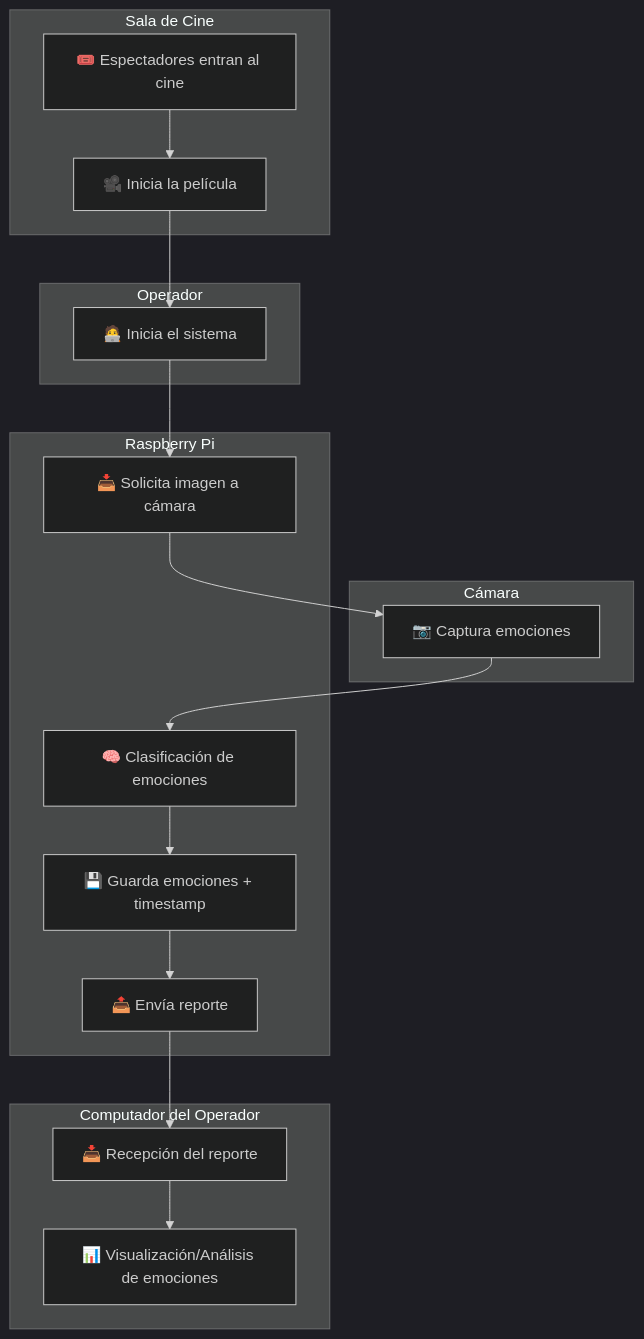
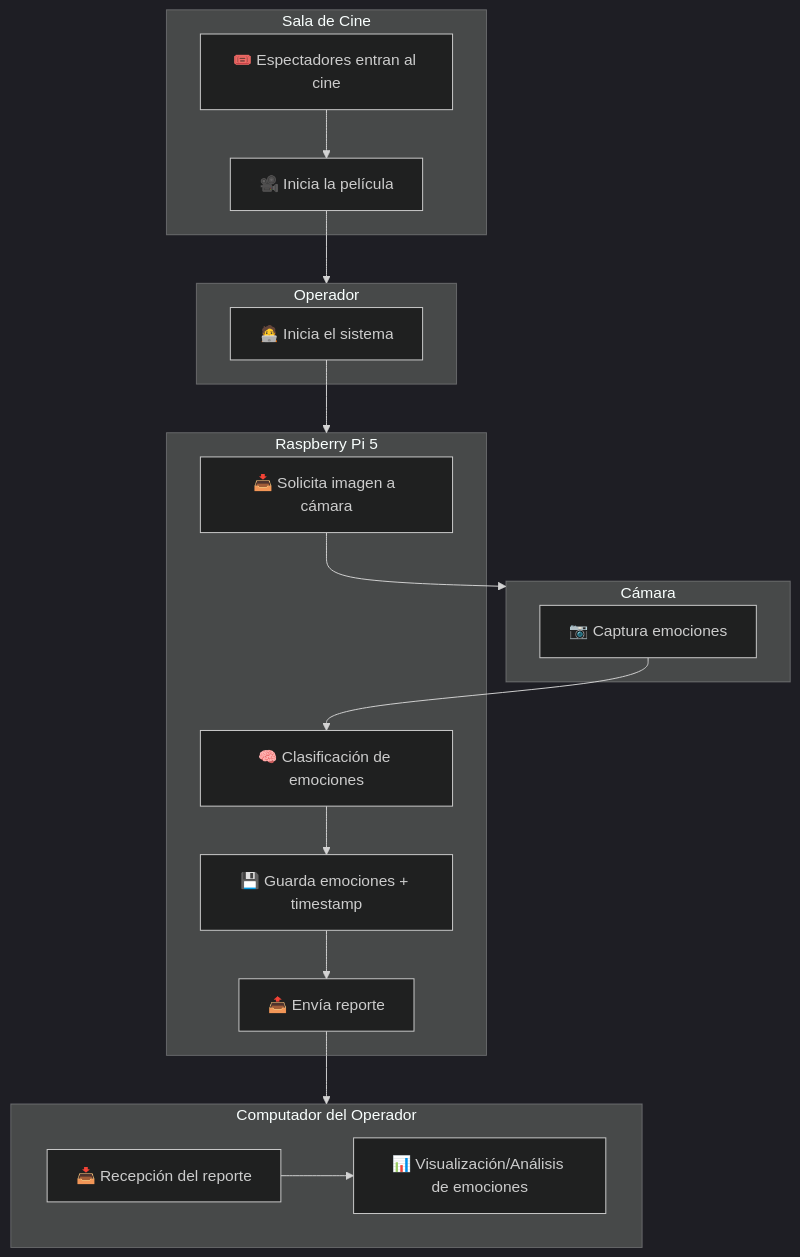
Before and after one commit to lestorres/Reconocimiento_clasificacion_de_expresiones: the first of 5 diagrams in docs/Informe_Final.md, drawn with Mermaid (dark theme). The commit also changed other lines of this file, not shown here.

Commit message:
ajustes Informe_Final.md

````diff
--- a/docs/Informe_Final.md
+++ b/docs/Informe_Final.md
@@ -80,38 +80,32 @@
 ```mermaid
 flowchart TD
-    subgraph Sala de Cine
-        A[🎟️ Espectadores entran al cine]
-        B[🎥 Inicia la película]
-    end
-
-    subgraph Operador
-        C[🧑‍💻 Inicia el sistema]
-    end
-
-    subgraph Cámara
-        CAM1[📷 Captura emociones]
-    end
-
-    subgraph Raspberry Pi
-        R1[📥 Solicita imagen a cámara]
-        R2[🧠 Clasificación de emociones]
-        R3[💾 Guarda emociones + timestamp]
-        R4[📤 Envía reporte]
-    end
-
-    subgraph Computador del Operador
-        D[📥 Recepción del reporte]
-        E[📊 Visualización/Análisis de emociones]
-    end
-
+ subgraph Sala["Sala de Cine"]
+        A["🎟️ Espectadores entran al cine"]
+        B["🎥 Inicia la película"]
+  end
+ subgraph Operador["Operador"]
+        C["🧑‍💻 Inicia el sistema"]
+  end
+ subgraph camara["Cámara"]
+        CAM1["📷 Captura emociones"]
+  end
+ subgraph rasp ["Raspberry Pi 5"]
+        R1["📥 Solicita imagen a cámara"]
+        R2["🧠 Clasificación de emociones"]
+        R3["💾 Guarda emociones + timestamp"]
+        R4["📤 Envía reporte"]
+  end
+ subgraph operador_compu["Computador del Operador"]
+        D["📥 Recepción del reporte"]
+        E["📊 Visualización/Análisis de emociones"]
+  end
     A --> B
-    B --> C
-    C --> R1
-    R1 --> CAM1
+    B --> Operador
+    C --> rasp
+    R1 --> camara
     CAM1 --> R2
     R2 --> R3
     R3 --> R4
-    R4 --> D
+    R4 --> operador_compu
     D --> E
-
 ```
````
